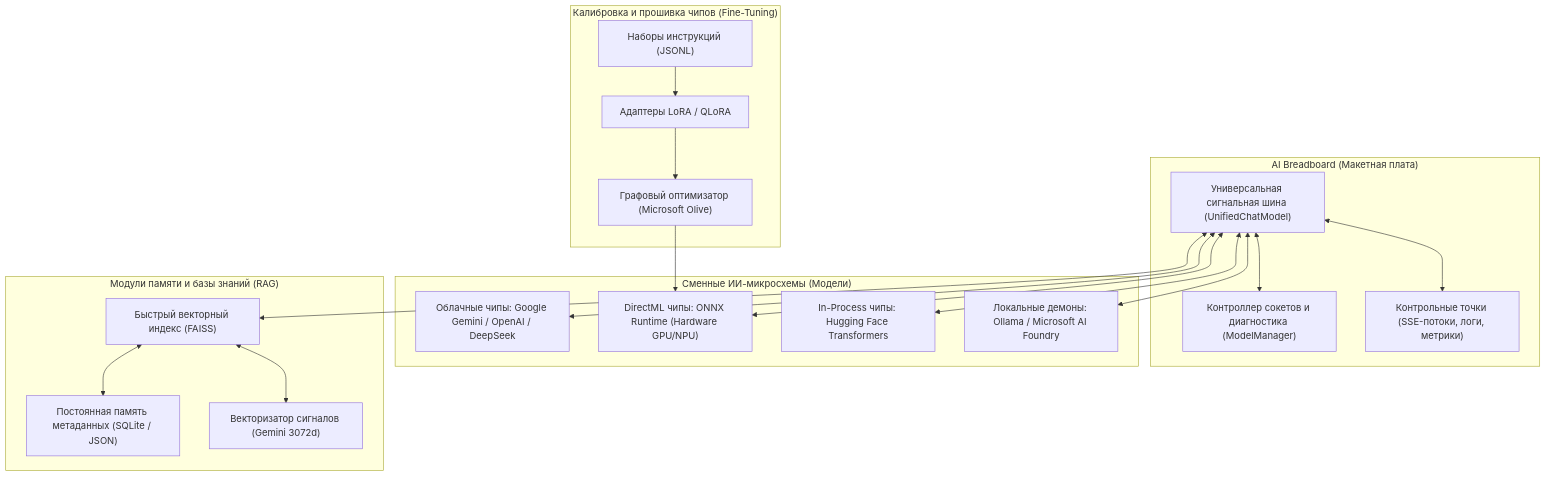
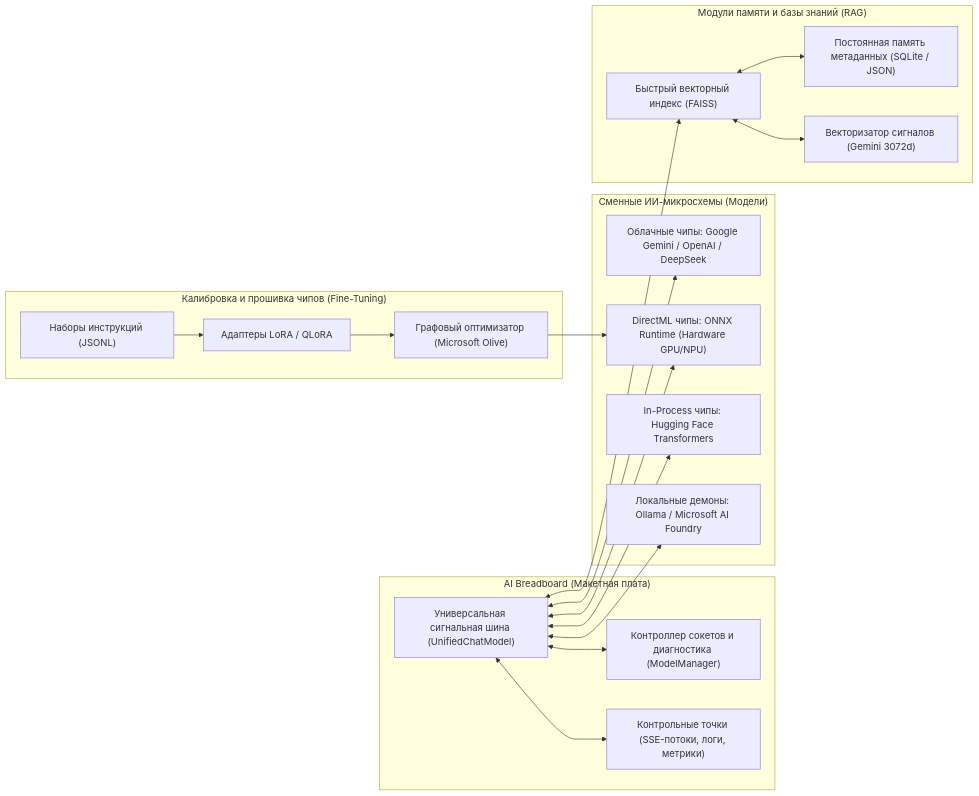
One commit to hypo69/AI-Breadboard changed the diagram in docs/ru/cook-book/index.md. Above: the diagram before and after it, drawn with Mermaid. The commit also changed 161 other files, not shown here.

````diff
--- a/docs/ru/cook-book/index.md
+++ b/docs/ru/cook-book/index.md
@@ -13,38 +13,38 @@
 ```mermaid
-graph TB
+graph LR
     subgraph "AI Breadboard (Макетная плата)"
         Bus["Универсальная сигнальная шина (UnifiedChatModel)"]
         Registry["Контроллер сокетов и диагностика (ModelManager)"]
         TestPoints["Контрольные точки (SSE-потоки, логи, метрики)"]
     end
 
     subgraph "Сменные ИИ-микросхемы (Модели)"
         ChipCloud["Облачные чипы: Google Gemini / OpenAI / DeepSeek"]
         ChipONNX["DirectML чипы: ONNX Runtime (Hardware GPU/NPU)"]
         ChipHF["In-Process чипы: Hugging Face Transformers"]
         ChipLocal["Локальные демоны: Ollama / Microsoft AI Foundry"]
     end
 
     subgraph "Модули памяти и базы знаний (RAG)"
         RAM["Быстрый векторный индекс (FAISS)"]
         Storage["Постоянная память метаданных (SQLite / JSON)"]
         Embedder["Векторизатор сигналов (Gemini 3072d)"]
     end
 
     subgraph "Калибровка и прошивка чипов (Fine-Tuning)"
         Dataset["Наборы инструкций (JSONL)"]
         Adapter["Адаптеры LoRA / QLoRA"]
         Optimizer["Графовый оптимизатор (Microsoft Olive)"]
     end
 
     Bus <--> Registry
     Bus <--> TestPoints
     Bus <--> ChipCloud
     Bus <--> ChipONNX
     Bus <--> ChipHF
     Bus <--> ChipLocal
     Bus <--> RAM
     RAM <--> Storage
     RAM <--> Embedder
     Dataset --> Adapter --> Optimizer --> ChipONNX
 ```
````
